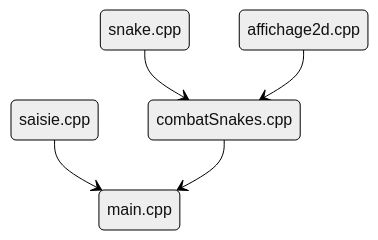
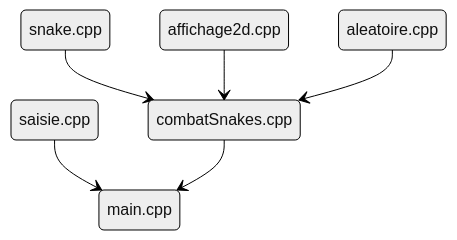
Before and after one commit to Balkghar/08_Snake: the diagram in README.md, drawn with Mermaid (neutral theme). The commit also changed other lines of this file, not shown here.

````diff
--- a/README.md
+++ b/README.md
@@ -32,7 +32,8 @@
  ```mermaid
  stateDiagram
      saisie.cpp --> main.cpp
      combatSnakes.cpp --> main.cpp
      snake.cpp --> combatSnakes.cpp
      affichage2d.cpp --> combatSnakes.cpp
+     aleatoire.cpp --> combatSnakes.cpp
  ```
````
